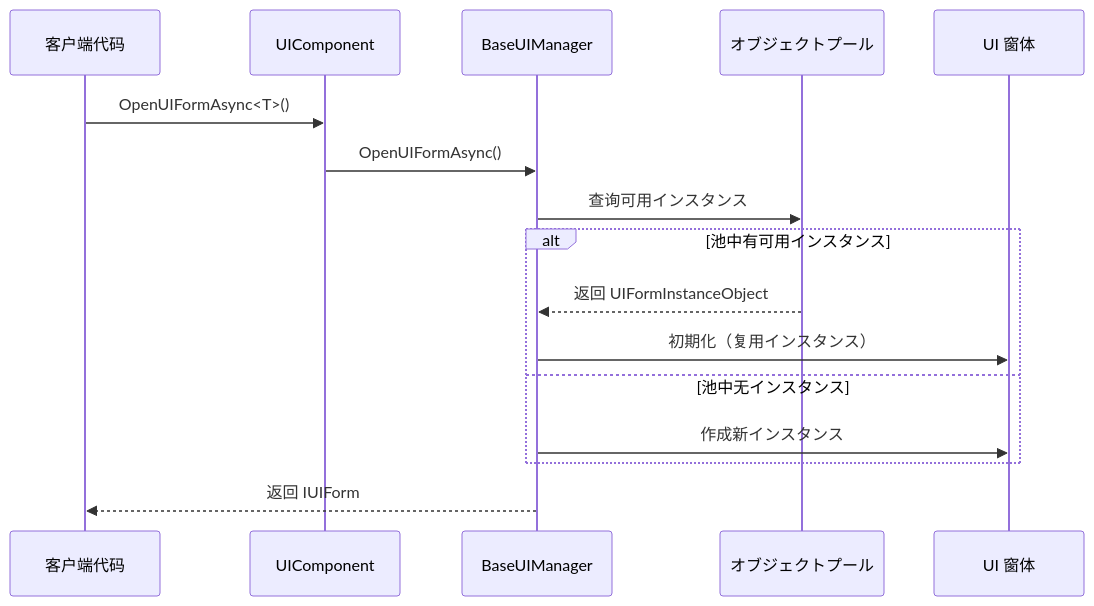
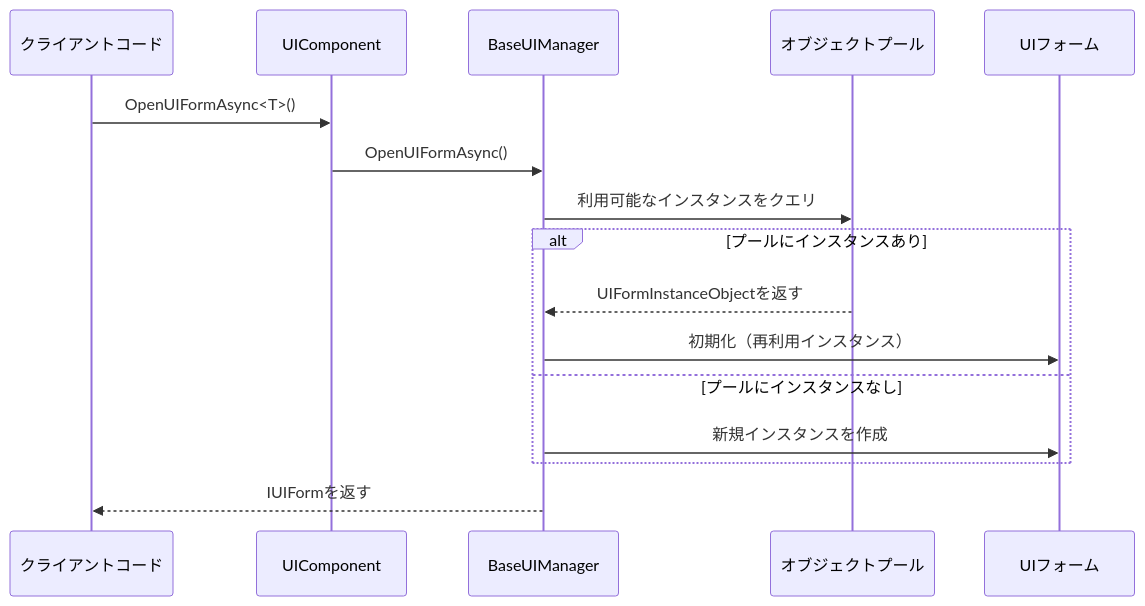
Before and after one commit to AlianBlank/GameFrameX.Docs: the second of 4 diagrams in docs/ja/client/unity/component/ui/09.object-pool.md, drawn with Mermaid. The commit also changed other lines of this file and 320 other files, not shown here.

````diff
--- a/docs/ja/client/unity/component/ui/09.object-pool.md
+++ b/docs/ja/client/unity/component/ui/09.object-pool.md
@@ -87,21 +87,21 @@
 ```mermaid
 sequenceDiagram
-    participant Client as 客户端代码
+    participant Client as クライアントコード
     participant UIComp as UIComponent
     participant Manager as BaseUIManager
     participant Pool as オブジェクトプール
-    participant Form as UI 窗体
+    participant Form as UIフォーム
 
     Client->>UIComp: OpenUIFormAsync<T>()
     UIComp->>Manager: OpenUIFormAsync()
-    Manager->>Pool: 查询可用インスタンス
-    
-    alt 池中有可用インスタンス
-        Pool-->>Manager: 返回 UIFormInstanceObject
-        Manager->>Form: 初期化（复用インスタンス）
-    else 池中无インスタンス
-        Manager->>Form: 作成新インスタンス
+    Manager->>Pool: 利用可能なインスタンスをクエリ
+
+    alt プールにインスタンスあり
+        Pool-->>Manager: UIFormInstanceObjectを返す
+        Manager->>Form: 初期化（再利用インスタンス）
+    else プールにインスタンスなし
+        Manager->>Form: 新規インスタンスを作成
     end
-    
-    Manager-->>Client: 返回 IUIForm
+
+    Manager-->>Client: IUIFormを返す
 ```
````
